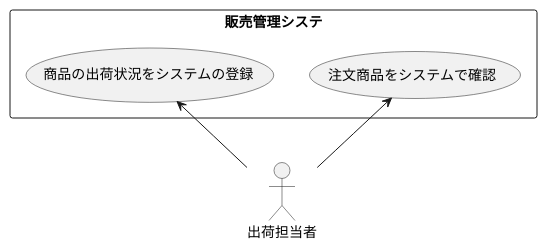
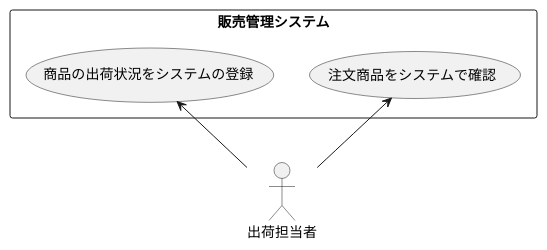
Before and after one commit to ponkotu1/uml-introduction: the diagram in 演習2-5_盛岡商事_販売管理システム.pu, drawn with PlantUML. The commit also changed 3 other files, not shown here.

```diff
--- a/演習2-5_盛岡商事_販売管理システム.pu
+++ b/演習2-5_盛岡商事_販売管理システム.pu
@@ -1,12 +1,12 @@
 @startuml 盛岡商事
 
 actor 出荷担当者
-rectangle 販売管理システ{
+rectangle 販売管理システム{
 usecase 注文商品をシステムで確認
 usecase 商品の出荷状況をシステムの登録
 }
 
 注文商品をシステムで確認 <-- 出荷担当者
 商品の出荷状況をシステムの登録 <-- 出荷担当者
 
 @enduml
```
